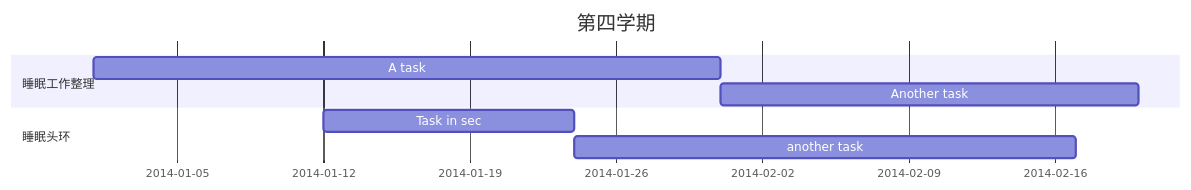
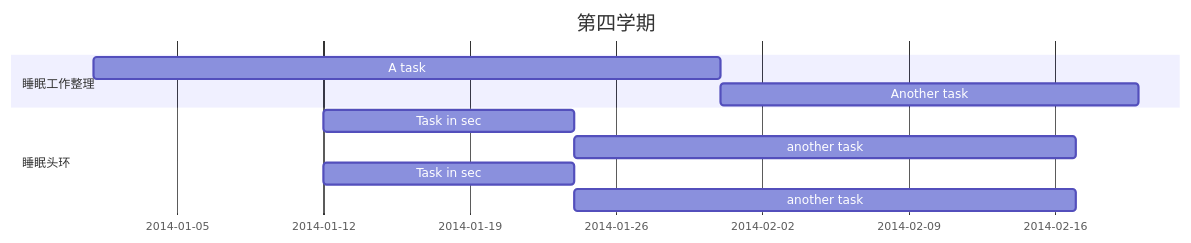
The diagram in all/代码甘特图.md (ChangMY-TJU/iodraw-files), drawn with Mermaid before and after one commit.

Commit message:
2026-03-27 14:34:39 update

````diff
--- a/all/代码甘特图.md
+++ b/all/代码甘特图.md
@@ -1,13 +1,15 @@
 ```mermaid
 gantt
     title 第四学期
     dateFormat  YYYY-MM-DD
     section 睡眠工作整理
     A task           :a1, 2014-01-01, 30d
     Another task     :after a1  , 20d
     section 睡眠头环
     Task in sec      :2014-01-12  , 12d
     another task      : 24d
+    section 睡眠头环
+    Task in sec      :2014-01-12  , 12d
+    another task      : 24d
 
-    
 ```
````
